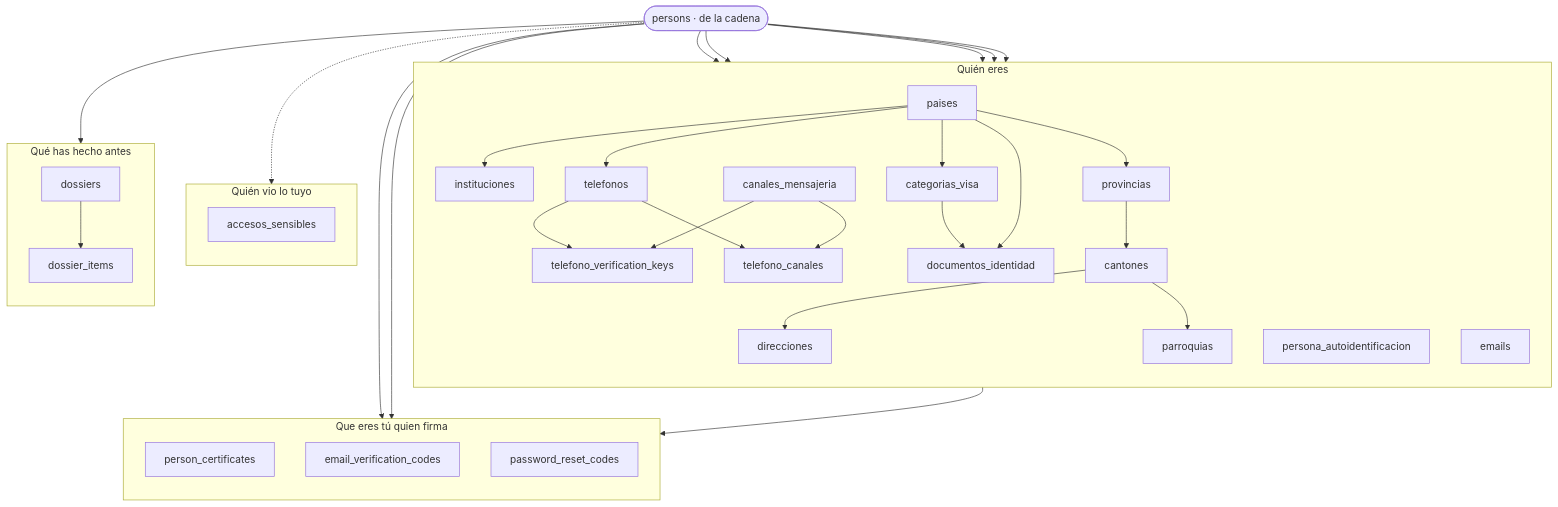
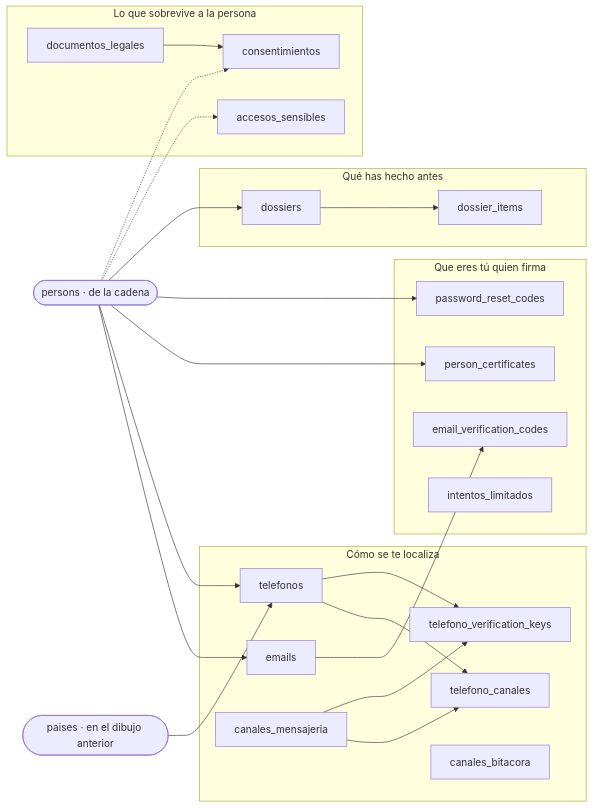
One commit to fresvel/deasy changed the second of 4 diagrams in docs/src/content/docs/complemento/mapa-completo.md. Above: the diagram before and after it, drawn with Mermaid. The commit also changed other lines of this file and 1 other file, not shown here.

First line of the commit message:
docs(mapa): las once tablas que faltaban, dibujadas — y el mapa de la persona partido en dos

````diff
--- a/docs/src/content/docs/complemento/mapa-completo.md
+++ b/docs/src/content/docs/complemento/mapa-completo.md
@@ -38,47 +80,35 @@
 ```mermaid
-flowchart TB
+flowchart LR
   P(["persons · de la cadena"])
-  subgraph QUIEN["Quién eres"]
-    direction TB
-    PA["paises"] --> PV["provincias"]
-    PV --> CA["cantones"]
-    CA --> PQ["parroquias"]
-    DI["documentos_identidad"]
-    PAI["persona_autoidentificacion"]
-    CV["categorias_visa"] --> DI
-    CA --> DIR["direcciones"]
-    CM["canales_mensajeria"] --> TC["telefono_canales"]
-    TE["telefonos"] --> TC
+  PA(["paises · en el dibujo anterior"])
+  subgraph LOC["Cómo se te localiza"]
+    EM["emails"]
+    TE["telefonos"] --> TC["telefono_canales"]
+    CM["canales_mensajeria"] --> TC
     TE --> TVK["telefono_verification_keys"]
     CM --> TVK
-    EM["emails"]
-    PA --> DI
-    PA --> CV
-    PA --> TE
-    PA --> IN["instituciones"]
+    CB["canales_bitacora"]
   end
   subgraph CRED["Que eres tú quien firma"]
-    direction TB
     PC["person_certificates"]
     EVC["email_verification_codes"]
     PRC["password_reset_codes"]
+    IL["intentos_limitados"]
   end
-  subgraph RASTRO["Quién vio lo tuyo"]
-    direction TB
+  subgraph PRUEBA["Lo que sobrevive a la persona"]
+    DL["documentos_legales"] --> CO["consentimientos"]
     BIT["accesos_sensibles"]
   end
   subgraph EXP["Qué has hecho antes"]
-    direction TB
     DO["dossiers"] --> DIT["dossier_items"]
   end
-  P --> DI
-  P --> PAI
-  P -.-> BIT
+  PA --> TE
   P --> EM
   P --> TE
-  P --> DIR
   P --> PC
   P --> PRC
   P --> DO
+  P -.-> BIT
+  P -.-> CO
   EM --> EVC
 ```
````
